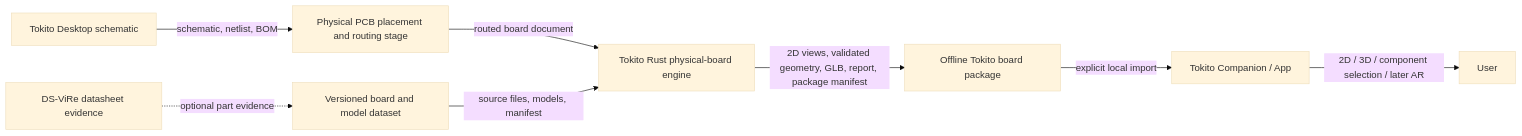
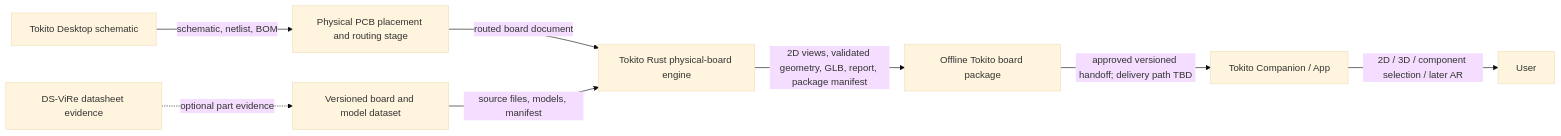
Before and after one commit to TokitoAI/tokito-cli: the diagram in docs/ECOSYSTEM_CONTRACT_MAP.md, drawn with Mermaid (base theme). The commit also changed other lines of this file and 22 other files, not shown here.

````diff
--- a/docs/ECOSYSTEM_CONTRACT_MAP.md
+++ b/docs/ECOSYSTEM_CONTRACT_MAP.md
@@ -54,10 +72,10 @@
 ```mermaid
 flowchart LR
     Desktop[Tokito Desktop schematic] -->|schematic, netlist, BOM| Layout[Physical PCB placement and routing stage]
     Layout -->|routed board document| Engine[Tokito Rust physical-board engine]
     Data[Versioned board and model dataset] -->|source files, models, manifest| Engine
     Engine -->|2D views, validated geometry, GLB, report, package manifest| Bundle[Offline Tokito board package]
-    Bundle -->|explicit local import| App[Tokito Companion / App]
+    Bundle -->|approved versioned handoff; delivery path TBD| App[Tokito Companion / App]
     App -->|2D / 3D / component selection / later AR| User[User]
     DSViRe[DS-ViRe datasheet evidence] -. optional part evidence .-> Data
 ```
````
